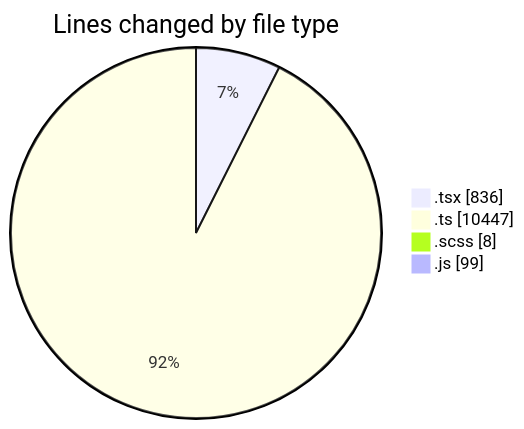
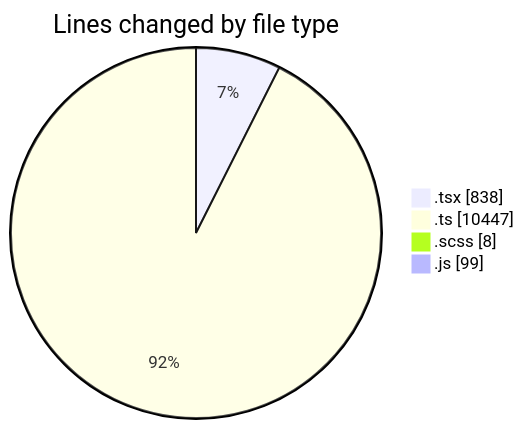
The first of 2 diagrams in 2025-03-26/cda/README.md (momahboobian/code-tracking), drawn with Mermaid before and after one commit. The commit also changed other lines of this file and 1 other file, not shown here.

````diff
--- a/2025-03-26/cda/README.md
+++ b/2025-03-26/cda/README.md
@@ -39,8 +39,8 @@
 ```mermaid
 pie showData
 title Lines changed by file type
-".tsx" : 836
+".tsx" : 838
 ".ts" : 10447
 ".scss" : 8
 ".js" : 99
 ```
````
